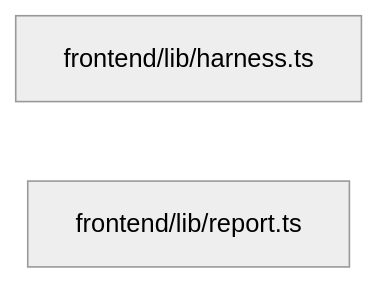
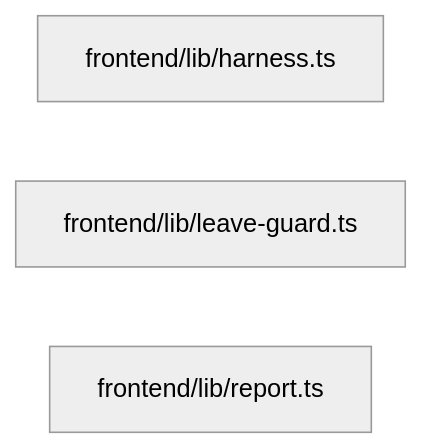
One commit to sarveshtalele/maf-harness-testing changed the ninth of 21 diagrams in docs/ARCHITECTURE_MAP.md. Above: the diagram before and after it, drawn with Mermaid (neutral theme). The commit also changed other lines of this file, not shown here.

Commit message:
docs: regenerate architecture map for the MCP guard module

````diff
--- a/docs/ARCHITECTURE_MAP.md
+++ b/docs/ARCHITECTURE_MAP.md
@@ -364,5 +364,6 @@
 ```mermaid
 flowchart LR
   f0["frontend/lib/harness.ts"]
-  f1["frontend/lib/report.ts"]
+  f1["frontend/lib/leave-guard.ts"]
+  f2["frontend/lib/report.ts"]
 ```
````
